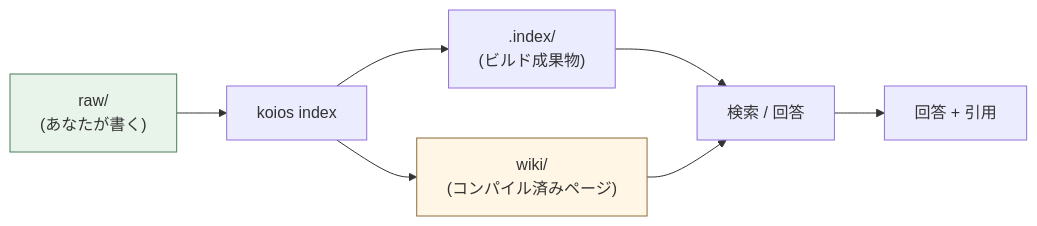
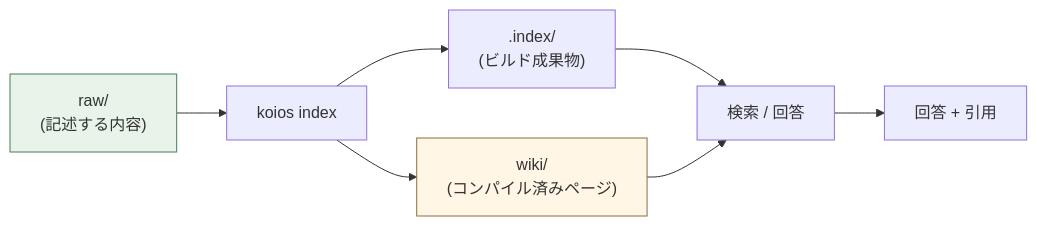
The first of 3 diagrams in docs/i18n/README.ja.md (DeepTrial/KoiosBase), drawn with Mermaid before and after one commit. The commit also changed other lines of this file and 5 other files, not shown here.

````diff
--- a/docs/i18n/README.ja.md
+++ b/docs/i18n/README.ja.md
@@ -33,11 +34,11 @@
 ```mermaid
 flowchart LR
-    A["raw/<br/>(あなたが書く)"] --> B["koios index"]
+    A["raw/<br/>(記述する内容)"] --> B["koios index"]
     B --> C[".index/<br/>(ビルド成果物)"]
     C --> D["検索 / 回答"]
     D --> E["回答 + 引用"]
     B --> F["wiki/<br/>(コンパイル済みページ)"]
     F --> D
     style A fill:#e8f4ea,stroke:#4a7c59
     style F fill:#fff6e5,stroke:#8a6d3b
 ```
````
